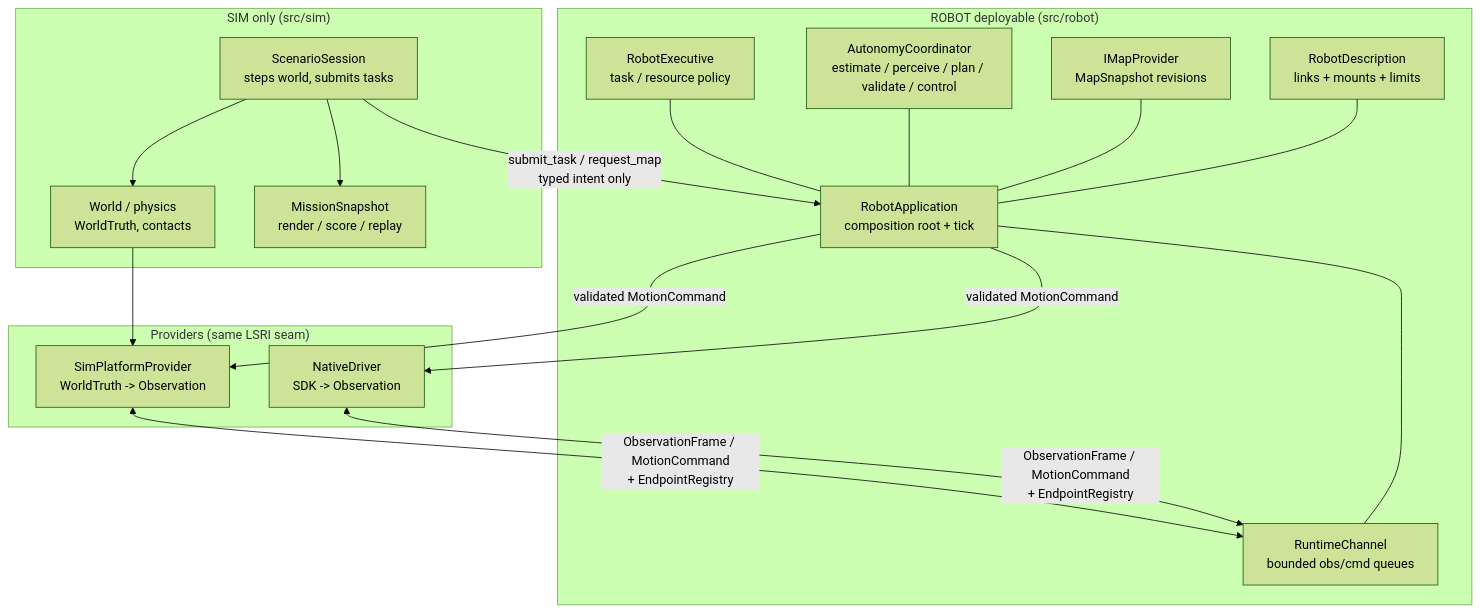
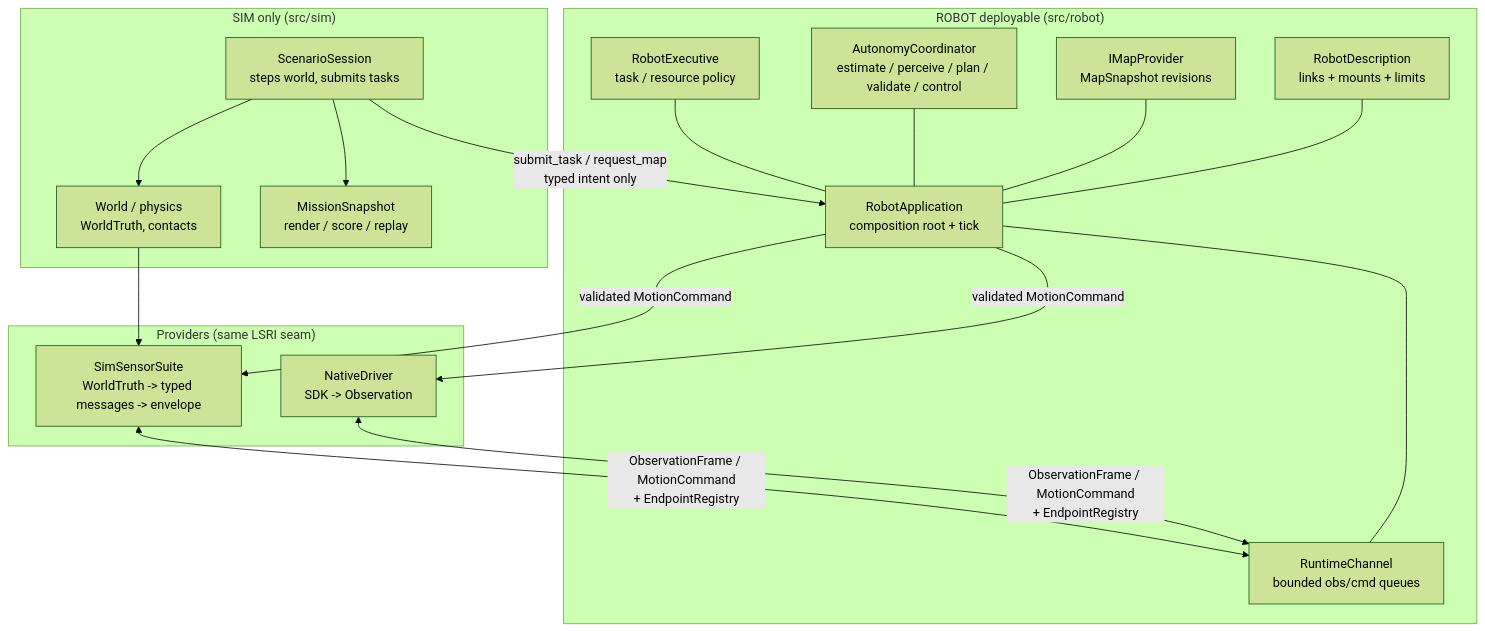
One commit to Robin-1978/lost-signal changed the diagram in docs/architecture.md. Above: the diagram before and after it, drawn with Mermaid (forest theme). The commit also changed other lines of this file and 23 other files, not shown here.

Commit message:
refactor: unify provider seam on typed messages with suite composer

````diff
--- a/docs/architecture.md
+++ b/docs/architecture.md
@@ -8,36 +8,36 @@
 ```mermaid
 flowchart TB
   subgraph ROBOT["ROBOT deployable (src/robot)"]
     Exec["RobotExecutive<br/>task / resource policy"]
     Coord["AutonomyCoordinator<br/>estimate / perceive / plan / validate / control"]
     Maps["IMapProvider<br/>MapSnapshot revisions"]
     Desc["RobotDescription<br/>links + mounts + limits"]
     Chan["RuntimeChannel<br/>bounded obs/cmd queues"]
     App["RobotApplication<br/>composition root + tick"]
     Exec --- App
     Coord --- App
     Maps --- App
     Desc --- App
     Chan --- App
   end
 
   subgraph PROV["Providers (same LSRI seam)"]
-    SimProv["SimPlatformProvider<br/>WorldTruth -> Observation"]
+    SimProv["SimSensorSuite<br/>WorldTruth -> typed messages -> envelope"]
     RealProv["NativeDriver<br/>SDK -> Observation"]
   end
 
   subgraph SIM["SIM only (src/sim)"]
     World["World / physics<br/>WorldTruth, contacts"]
     Sess["ScenarioSession<br/>steps world, submits tasks"]
     Snap["MissionSnapshot<br/>render / score / replay"]
   end
 
   World --> SimProv
   SimProv <-->|"ObservationFrame / MotionCommand<br/>+ EndpointRegistry"| Chan
   RealProv <-->|"ObservationFrame / MotionCommand<br/>+ EndpointRegistry"| Chan
   Sess -->|"submit_task / request_map<br/>typed intent only"| App
   Sess --> World
   Sess --> Snap
   App -->|"validated MotionCommand"| SimProv
   App -->|"validated MotionCommand"| RealProv
 ```
````
